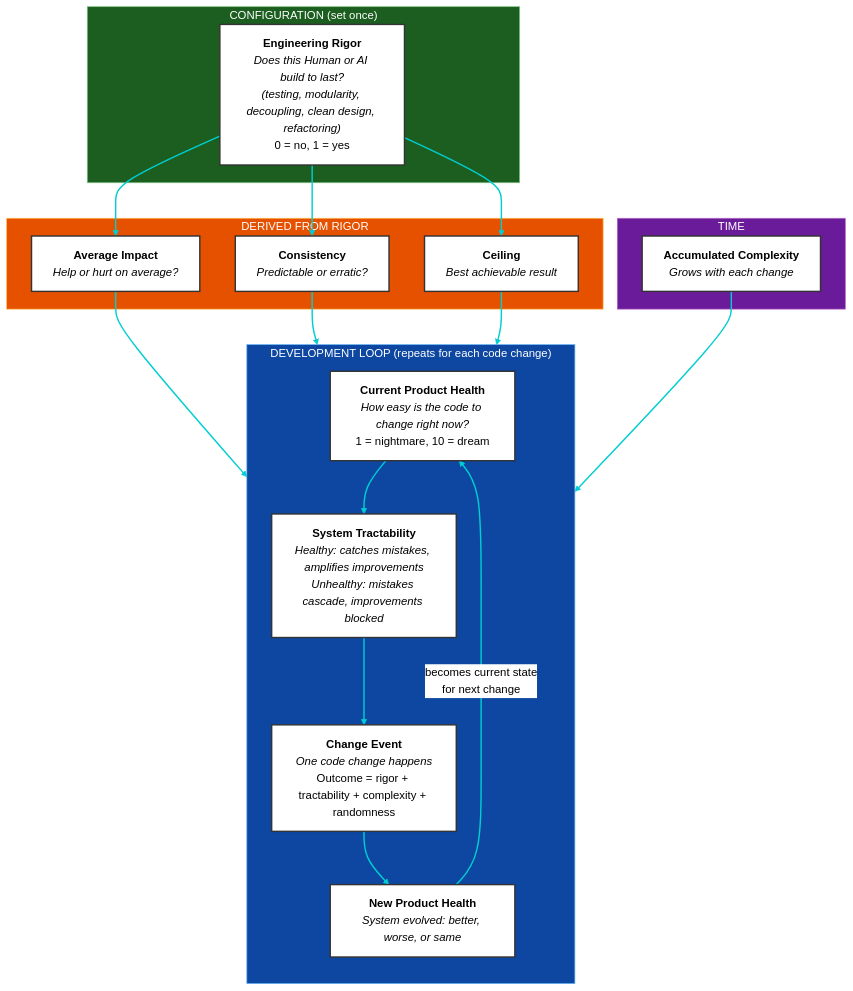
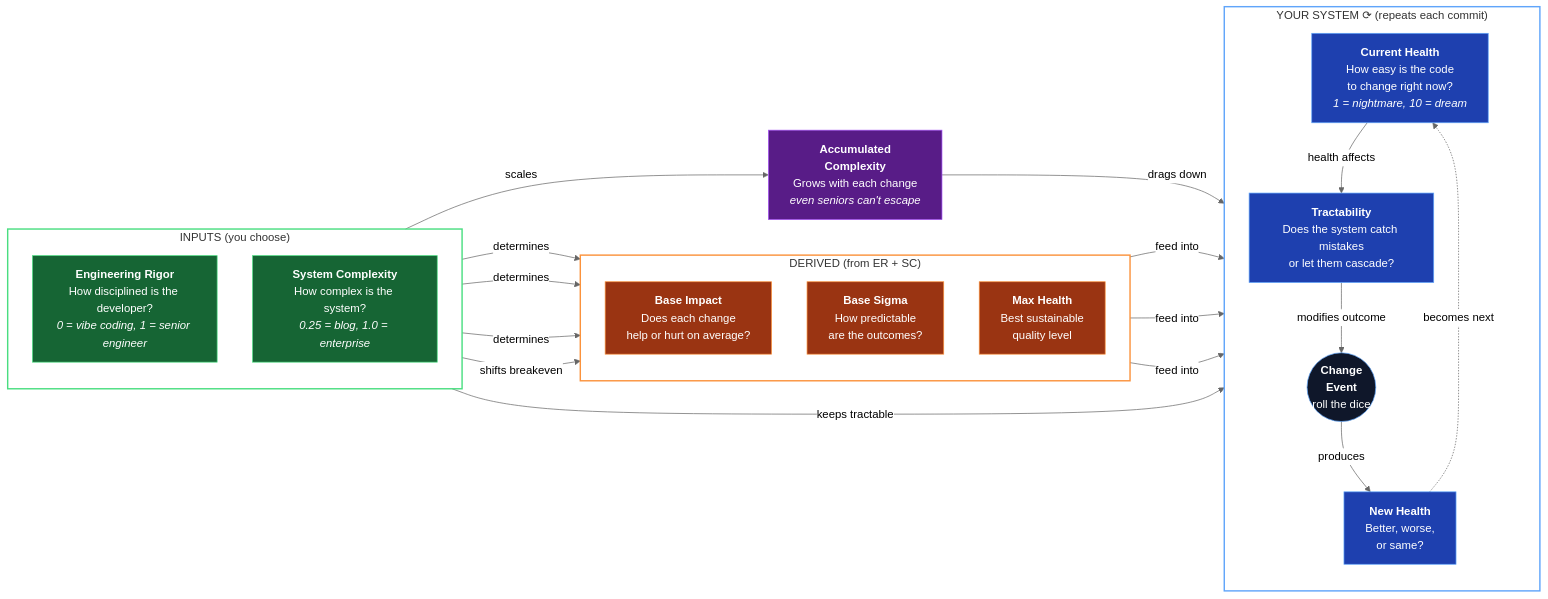
Before and after one commit to dawid-dahl-umain/product-health-dynamics: the diagram in README.md, drawn with Mermaid (neutral theme). The commit also changed other lines of this file and 14 other files, not shown here.

Commit message:
docs: enhance README with detailed project context analysis and add complexity profiles for system dynamics

````diff
--- a/README.md
+++ b/README.md
@@ -69,49 +74,53 @@
 ```mermaid
-flowchart TB
-    subgraph config ["CONFIGURATION (set once)"]
-        ER["<b>Engineering Rigor</b><br/><i>Does this Human or AI build to last?</i><br/><i>(testing, modularity, decoupling, clean design, refactoring)</i><br/>0 = no, 1 = yes"]
+flowchart LR
+    subgraph inputs ["INPUTS (you choose)"]
+        direction TB
+        ER["<b>Engineering Rigor</b><br/>How disciplined is the developer?<br/><i>0 = vibe coding, 1 = senior engineer</i>"]
+        SC["<b>System Complexity</b><br/>How complex is the system?<br/><i>0.25 = blog, 1.0 = enterprise</i>"]
     end
 
-    subgraph derived ["DERIVED FROM RIGOR"]
-        BI["<b>Average Impact</b><br/><i>Help or hurt on average?</i>"]
-        BS["<b>Consistency</b><br/><i>Predictable or erratic?</i>"]
-        MH["<b>Ceiling</b><br/><i>Best achievable result</i>"]
+    subgraph derived ["DERIVED (from ER + SC)"]
+        direction TB
+        BI["<b>Base Impact</b><br/>Does each change<br/>help or hurt on average?"]
+        BS["<b>Base Sigma</b><br/>How predictable<br/>are the outcomes?"]
+        MH["<b>Max Health</b><br/>Best sustainable<br/>quality level"]
     end
 
-    subgraph time ["TIME"]
-        AC["<b>Accumulated Complexity</b><br/><i>Grows with each change</i>"]
+    subgraph loop ["YOUR SYSTEM ⟳ (repeats each commit)"]
+        direction TB
+        PH["<b>Current Health</b><br/>How easy is the code<br/>to change right now?<br/><i>1 = nightmare, 10 = dream</i>"]
+        SS["<b>Tractability</b><br/>Does the system catch mistakes<br/>or let them cascade?"]
+        CE(("<b>Change</b><br/><b>Event</b><br/>roll the dice"))
+        NPH["<b>New Health</b><br/>Better, worse,<br/>or same?"]
+
+        PH -->|"health affects"| SS
+        SS -->|"modifies outcome"| CE
+        CE -->|"produces"| NPH
+        NPH -.->|"becomes next"| PH
     end
 
-    subgraph loop ["DEVELOPMENT LOOP (repeats for each code change)"]
-        direction TB
+    AC["<b>Accumulated</b><br/><b>Complexity</b><br/>Grows with each change<br/><i>even seniors can't escape</i>"]
 
-        PH["<b>Current Product Health</b><br/><i>How easy is the code to change right now?</i><br/>1 = nightmare, 10 = dream"]
+    ER -->|"determines"| BI & BS & MH
+    SC -->|"shifts breakeven"| BI
+    SC -->|"keeps tractable"| SS
+    SC -->|"scales"| AC
+    BI & BS & MH -->|"feed into"| CE
+    AC -->|"drags down"| CE
 
-        SS["<b>System Tractability</b><br/><i>Healthy: catches mistakes, amplifies improvements</i><br/><i>Unhealthy: mistakes cascade, improvements blocked</i>"]
+    style inputs fill:none,stroke:#4ade80,stroke-width:2px
+    style derived fill:none,stroke:#fb923c,stroke-width:2px
+    style loop fill:none,stroke:#60a5fa,stroke-width:2px
 
-        CE["<b>Change Event</b><br/><i>One code change happens</i><br/>Outcome = rigor + tractability + complexity + randomness"]
+    classDef inputNode fill:#166534,stroke:#4ade80,color:#fff
+    classDef derivedNode fill:#9a3412,stroke:#fb923c,color:#fff
+    classDef loopNode fill:#1e40af,stroke:#60a5fa,color:#fff
+    classDef timeNode fill:#581c87,stroke:#a855f7,color:#fff
+    classDef eventNode fill:#0f172a,stroke:#60a5fa,color:#fff
 
-        NPH["<b>New Product Health</b><br/><i>System evolved: better, worse, or same</i>"]
-
-        PH --> SS
-        SS --> CE
-        CE --> NPH
-        NPH -->|"becomes current state<br/>for next change"| PH
-    end
-
-    ER --> BI & BS & MH
-    BI & BS & MH --> CE
-    AC --> CE
-
-    %% Styling
-    style config fill:#1b5e20,stroke:#81c784,color:#fff
-    style derived fill:#e65100,stroke:#ffb74d,color:#fff
-    style time fill:#6a1b9a,stroke:#ba68c8,color:#fff
-    style loop fill:#0d47a1,stroke:#64b5f6,color:#fff
-
-    classDef nodeStyle fill:#fff,stroke:#333,color:#000,stroke-width:2px
-    class ER,PH,BI,BS,MH,SS,AC,CE,NPH nodeStyle
-
-    linkStyle default stroke:#00ced1,stroke-width:2px
-
+    class ER,SC inputNode
+    class BI,BS,MH derivedNode
+    class PH,SS,NPH loopNode
+    class CE eventNode
+    class AC timeNode
 ```
````
